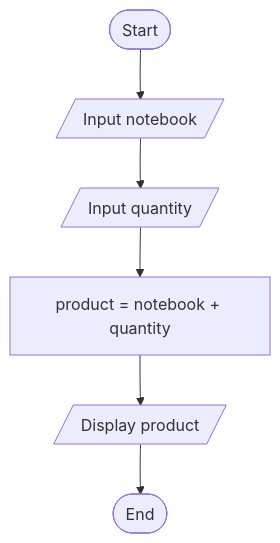
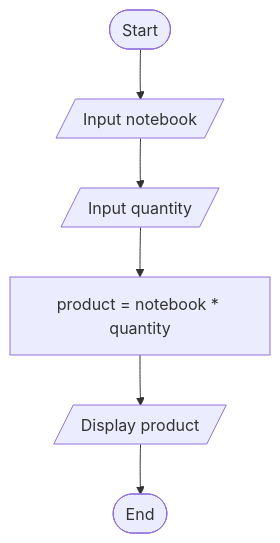
Before and after one commit to riakyn/cpp102-week3-batch02-devera: the diagram in problem03_flowchart.md, drawn with Mermaid. The commit also changed 8 other files, not shown here.

````diff
--- a/problem03_flowchart.md
+++ b/problem03_flowchart.md
@@ -1,8 +1,8 @@
 ```mermaid
 flowchart TD
     A([Start]) --> B[/Input notebook/]
 B --> C[/Input quantity/]
-C --> D[product = notebook + quantity]
+C --> D[product = notebook * quantity]
 D --> E[/Display product/]
 E --> F([End])
 ```
````
